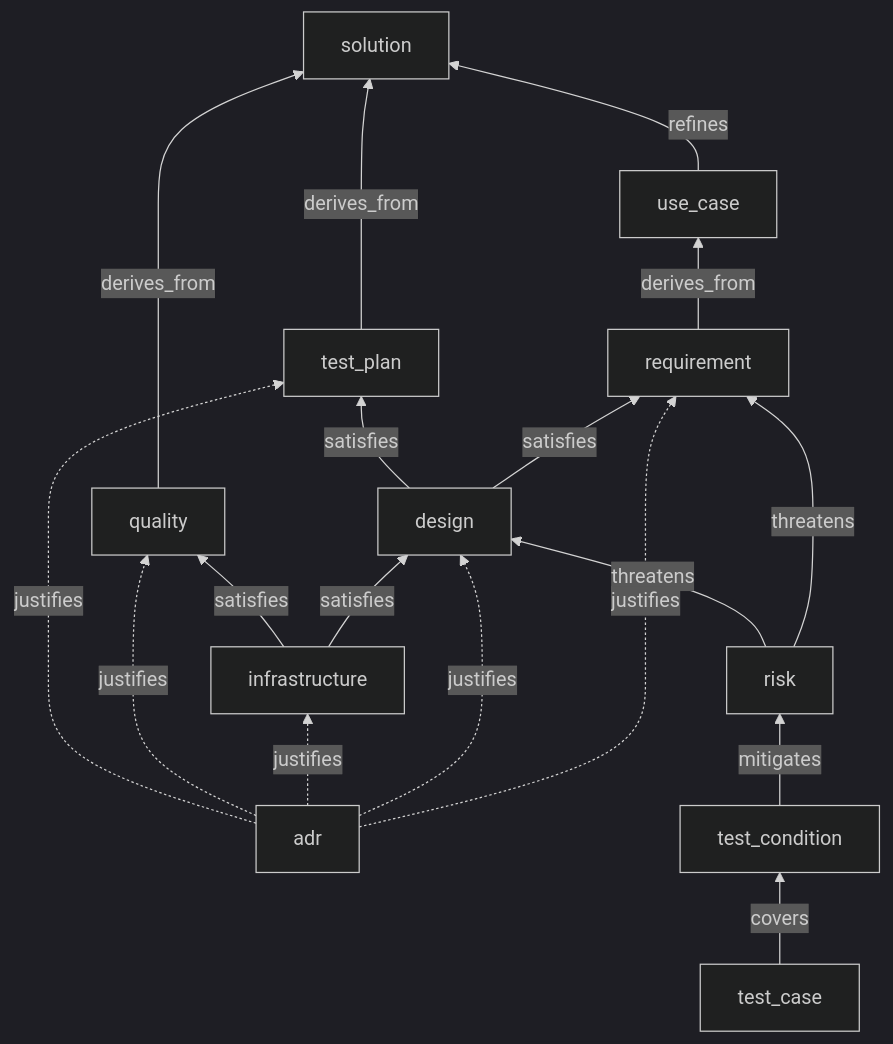
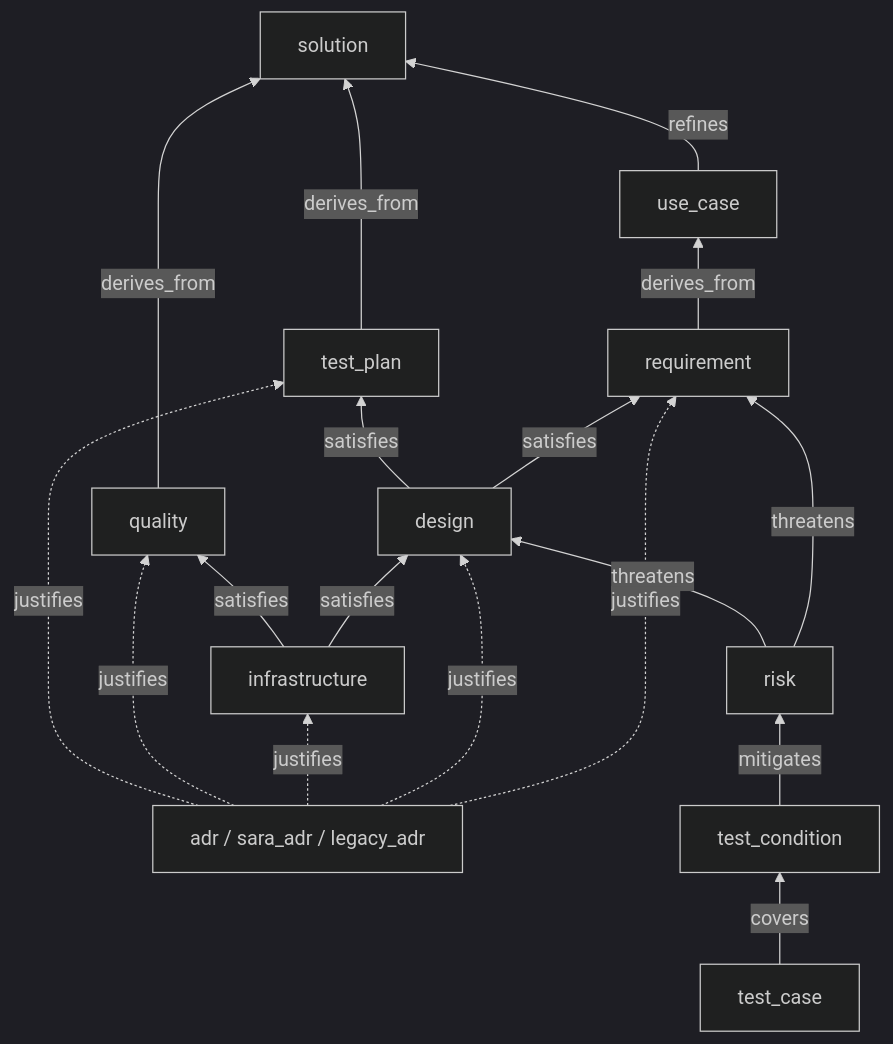
Before and after one commit to yasunori0418/layat: the first of 2 diagrams in docs/agents/sara-graph.md, drawn with Mermaid (dark theme). The commit also changed other lines of this file and 6 other files, not shown here.

First line of the commit message:
docs: CLAUDE.md・model.md・domain.md・sara-graph.md・definition-of-done と QA / INF item を新しい ADR 規則に合わせる

````diff
--- a/docs/agents/sara-graph.md
+++ b/docs/agents/sara-graph.md
@@ -14,32 +14,32 @@
 ```mermaid
 flowchart BT
     SOL[solution]
     UC[use_case]
     REQ[requirement]
     DSG[design]
     QA[quality]
     TP[test_plan]
     INF[infrastructure]
-    ADR[adr]
+    ADR["adr / sara_adr / legacy_adr"]
     RISK[risk]
     TC[test_condition]
     CASE[test_case]
 
     UC -->|refines| SOL
     REQ -->|derives_from| UC
     DSG -->|satisfies| REQ
     DSG -->|satisfies| TP
     QA -->|derives_from| SOL
     TP -->|derives_from| SOL
     INF -->|satisfies| DSG
     INF -->|satisfies| QA
     RISK -->|threatens| REQ
     RISK -->|threatens| DSG
     TC -->|mitigates| RISK
     CASE -->|covers| TC
     ADR -.->|justifies| REQ
     ADR -.->|justifies| DSG
     ADR -.->|justifies| INF
     ADR -.->|justifies| QA
     ADR -.->|justifies| TP
 ```
````
